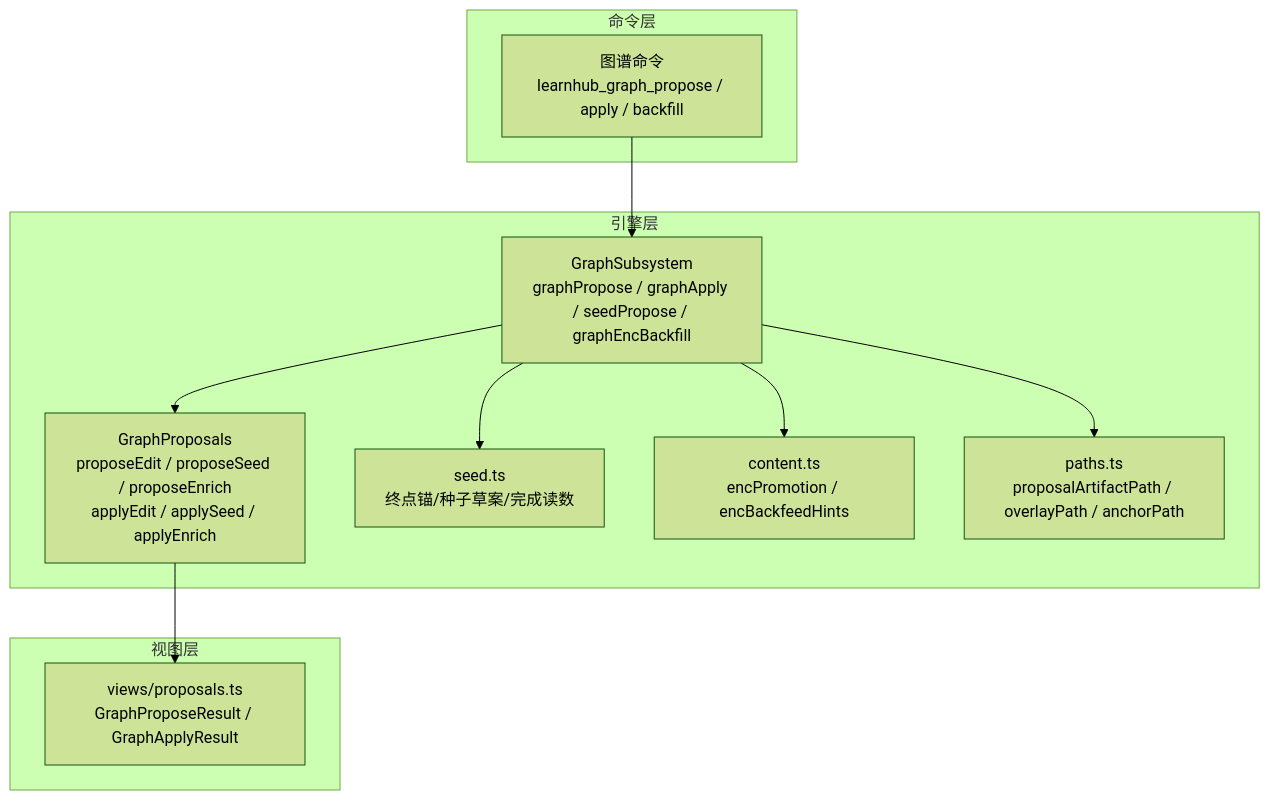
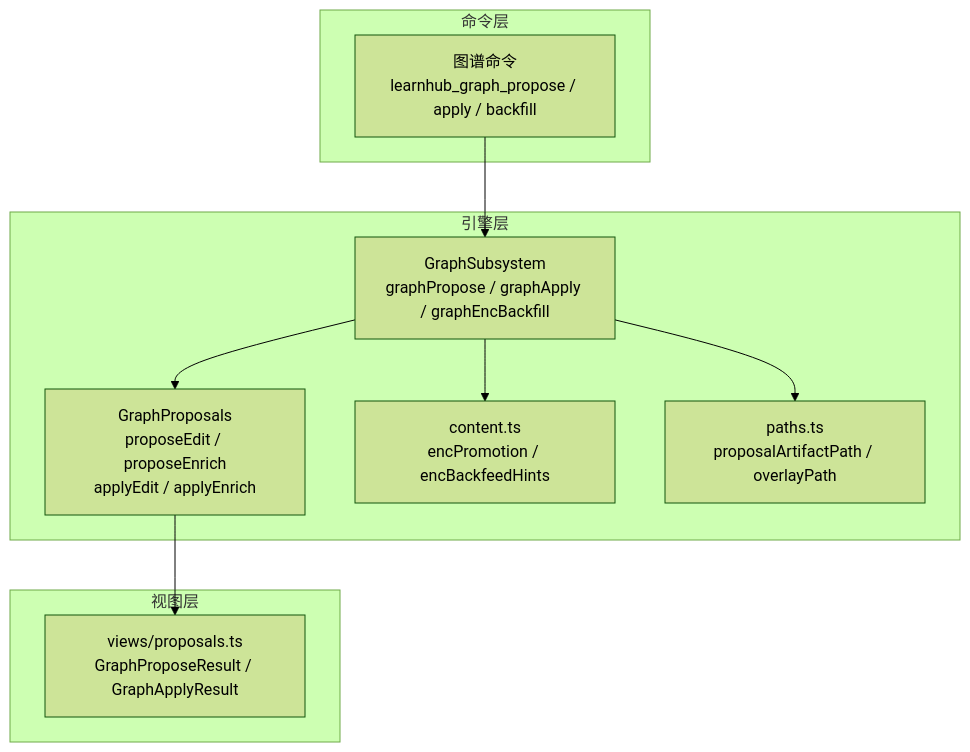
The first of 6 diagrams in .qoder/repowiki/zh/content/引擎核心/子系统架构/图谱子系统/图谱提案管理.md (maozhijie/learnhub-plugin), drawn with Mermaid (forest theme) before and after one commit. The commit also changed other lines of this file and 43 other files, not shown here.

````diff
--- a/.qoder/repowiki/zh/content/引擎核心/子系统架构/图谱子系统/图谱提案管理.md
+++ b/.qoder/repowiki/zh/content/引擎核心/子系统架构/图谱子系统/图谱提案管理.md
@@ -41,22 +50,20 @@
 ```mermaid
 graph TB
 subgraph "命令层"
 CMD["图谱命令<br/>learnhub_graph_propose / apply / backfill"]
 end
 subgraph "引擎层"
-GS["GraphSubsystem<br/>graphPropose / graphApply / seedPropose / graphEncBackfill"]
-GP["GraphProposals<br/>proposeEdit / proposeSeed / proposeEnrich<br/>applyEdit / applySeed / applyEnrich"]
-SEED["seed.ts<br/>终点锚/种子草案/完成读数"]
+GS["GraphSubsystem<br/>graphPropose / graphApply / graphEncBackfill"]
+GP["GraphProposals<br/>proposeEdit / proposeEnrich<br/>applyEdit / applyEnrich"]
 CONTENT["content.ts<br/>encPromotion / encBackfeedHints"]
-PATHS["paths.ts<br/>proposalArtifactPath / overlayPath / anchorPath"]
+PATHS["paths.ts<br/>proposalArtifactPath / overlayPath"]
 end
 subgraph "视图层"
 VIEWS["views/proposals.ts<br/>GraphProposeResult / GraphApplyResult"]
 end
 CMD --> GS
 GS --> GP
-GS --> SEED
 GS --> CONTENT
 GS --> PATHS
 GP --> VIEWS
 ```
````
